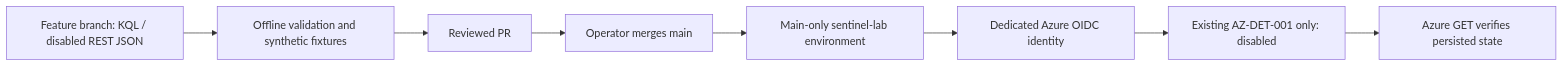
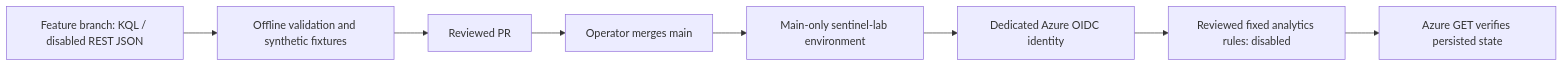
Before and after one commit to miguelcastu/SentinelOps-MXDR: the diagram in docs/architecture/overview.md, drawn with Mermaid. The commit also changed other lines of this file and 15 other files, not shown here.

````diff
--- a/docs/architecture/overview.md
+++ b/docs/architecture/overview.md
@@ -39,10 +39,10 @@
 ```mermaid
 flowchart LR
     DEV[Feature branch: KQL / disabled REST JSON] --> TEST[Offline validation and synthetic fixtures]
     TEST --> PR[Reviewed PR]
     PR --> MAIN[Operator merges main]
     MAIN --> ENV[Main-only sentinel-lab environment]
     ENV --> OIDC[Dedicated Azure OIDC identity]
-    OIDC --> RULE[Existing AZ-DET-001 only: disabled]
+    OIDC --> RULE[Reviewed fixed analytics rules: disabled]
     RULE --> VERIFY[Azure GET verifies persisted state]
 ```
````
